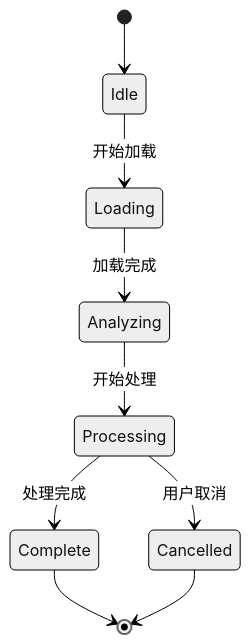
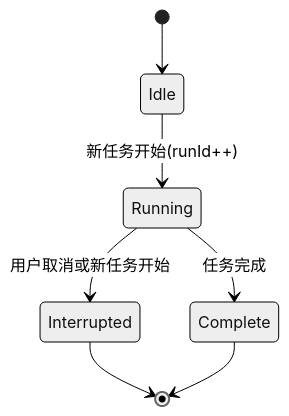
One commit to RadiumAg/bilibili-favorites changed the eighth of 12 diagrams in .qoder/repowiki/zh/content/核心功能模块/AI关键词提取系统.md. Above: the diagram before and after it, drawn with Mermaid (neutral theme). The commit also changed other lines of this file and 47 other files, not shown here.

````diff
--- a/.qoder/repowiki/zh/content/核心功能模块/AI关键词提取系统.md
+++ b/.qoder/repowiki/zh/content/核心功能模块/AI关键词提取系统.md
@@ -450,11 +460,9 @@
 ```mermaid
 stateDiagram-v2
 [*] --> Idle
-Idle --> Loading : 开始加载
-Loading --> Analyzing : 加载完成
-Analyzing --> Processing : 开始处理
-Processing --> Complete : 处理完成
-Processing --> Cancelled : 用户取消
+Idle --> Running : 新任务开始(runId++)
+Running --> Interrupted : 用户取消或新任务开始
+Running --> Complete : 任务完成
+Interrupted --> [*]
 Complete --> [*]
-Cancelled --> [*]
 ```
````
